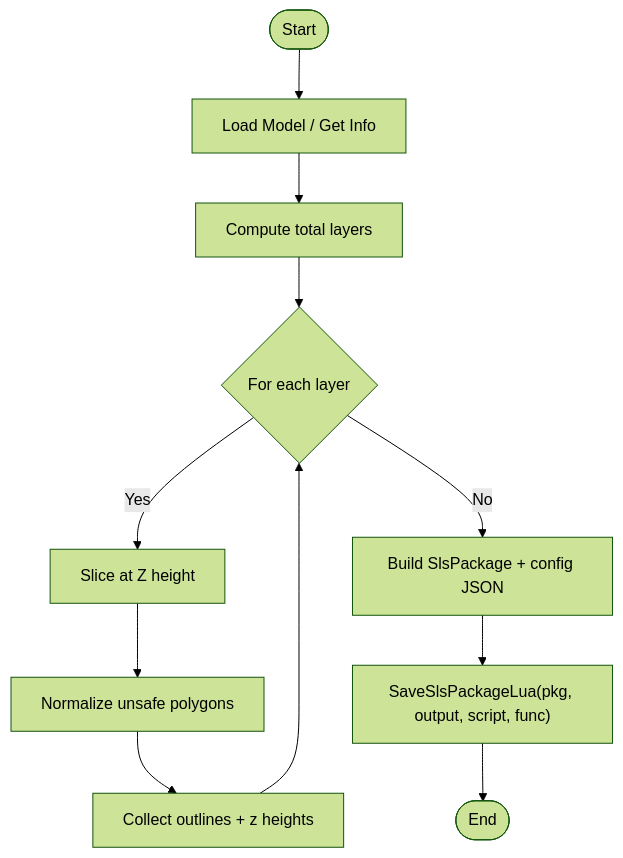
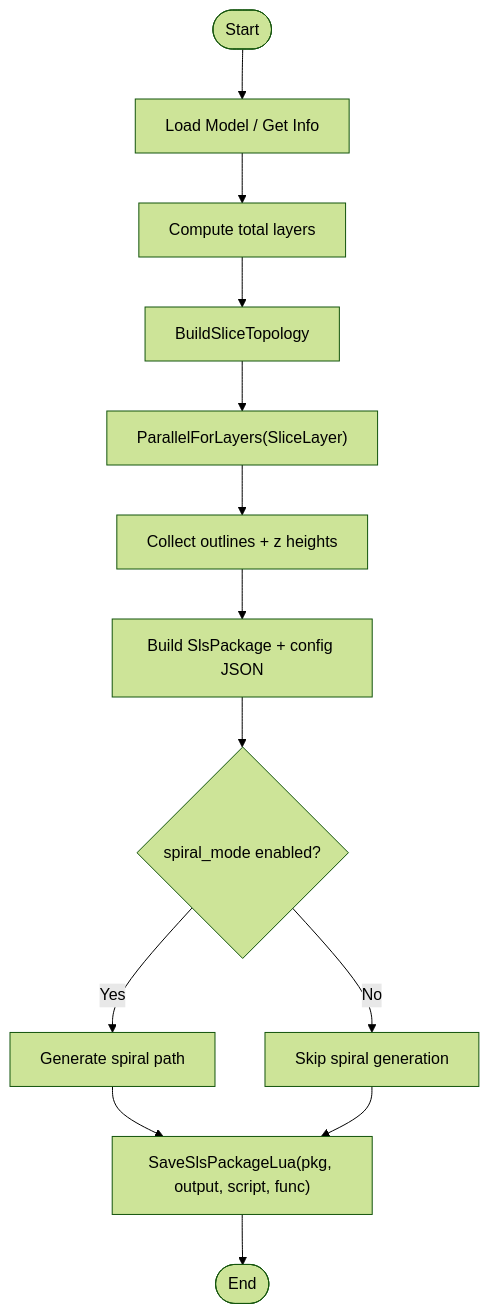
The eighth of 10 diagrams in .qoder/repowiki/en/content/Core Architecture/SLS Pipeline System.md (hsmbanlance/HsBaSlicer), drawn with Mermaid (forest theme) before and after one commit. The commit also changed other lines of this file and 20 other files, not shown here.

````diff
--- a/.qoder/repowiki/en/content/Core Architecture/SLS Pipeline System.md
+++ b/.qoder/repowiki/en/content/Core Architecture/SLS Pipeline System.md
@@ -258,13 +430,15 @@
 ```mermaid
 flowchart TD
 Start(["Start"]) --> Load["Load Model / Get Info"]
 Load --> ComputeLayers["Compute total layers"]
-ComputeLayers --> SliceLoop{"For each layer"}
-SliceLoop --> |Yes| Slice["Slice at Z height"]
-Slice --> Normalize["Normalize unsafe polygons"]
-Normalize --> Collect["Collect outlines + z heights"]
-Collect --> SliceLoop
-SliceLoop --> |No| BuildPkg["Build SlsPackage + config JSON"]
-BuildPkg --> ExportLua["SaveSlsPackageLua(pkg, output, script, func)"]
+ComputeLayers --> BuildTopo["BuildSliceTopology"]
+BuildTopo --> ParallelSlice["ParallelForLayers(SliceLayer)"]
+ParallelSlice --> Collect["Collect outlines + z heights"]
+Collect --> BuildPkg["Build SlsPackage + config JSON"]
+BuildPkg --> SpiralMode{"spiral_mode enabled?"}
+SpiralMode --> |Yes| GenerateSpiral["Generate spiral path"]
+SpiralMode --> |No| SkipSpiral["Skip spiral generation"]
+GenerateSpiral --> ExportLua["SaveSlsPackageLua(pkg, output, script, func)"]
+SkipSpiral --> ExportLua
 ExportLua --> End(["End"])
 ```
````
